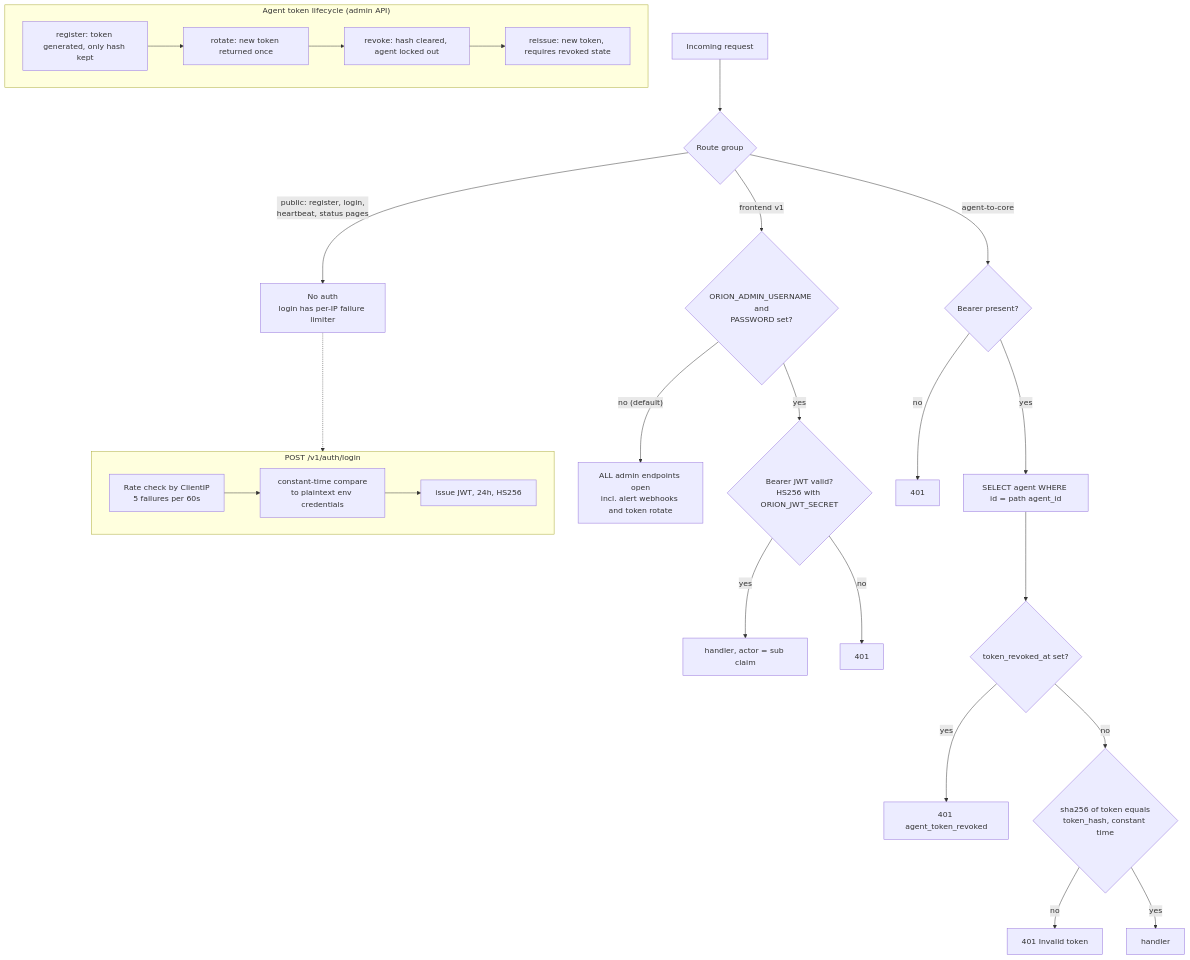
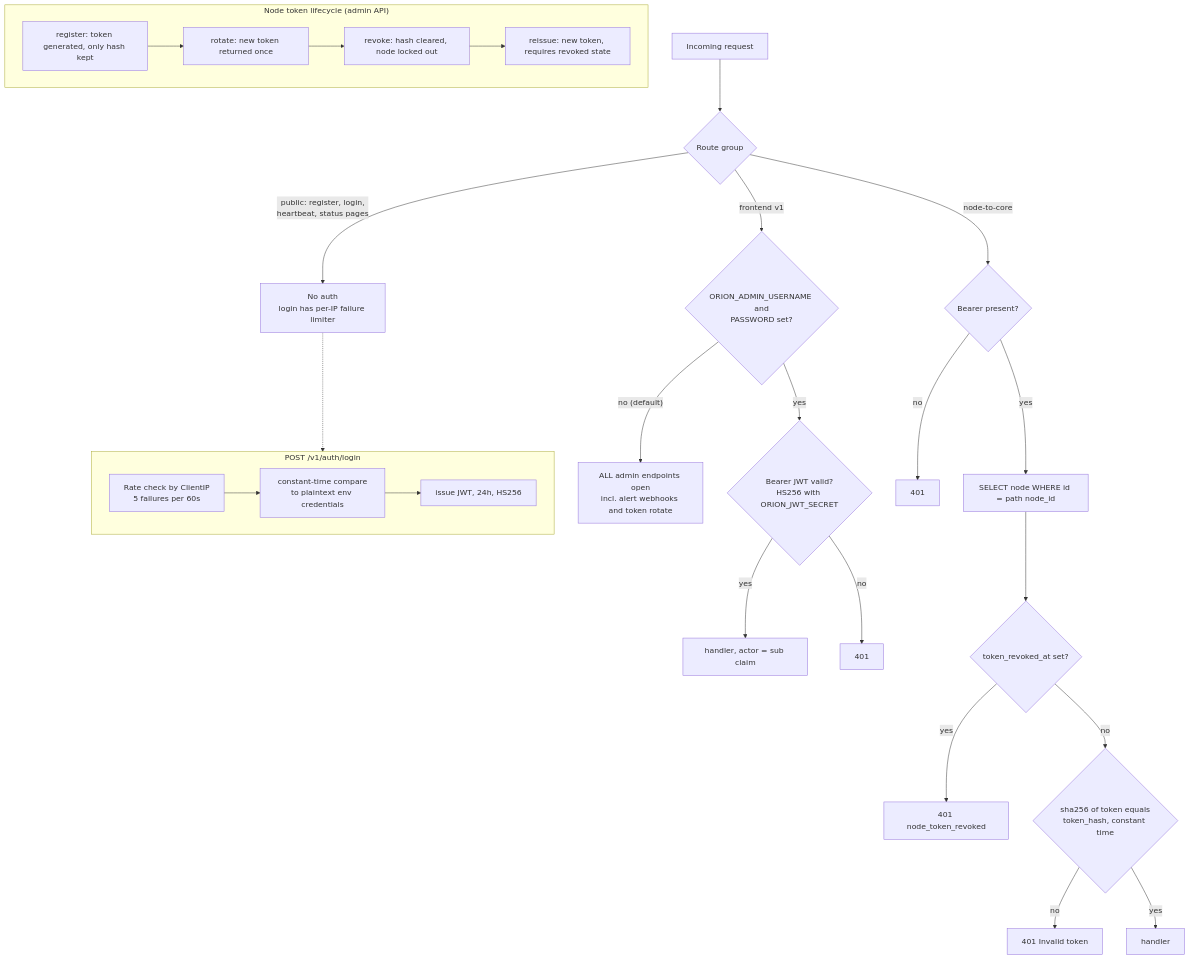
The fourth of 6 diagrams in docs/architecture/backend-architecture.md (sunday-studio/orion), drawn with Mermaid before and after one commit. The commit also changed other lines of this file and 815 other files, not shown here.

First line of the commit message:
refactor(repo): rename agent to node, mechanical part

````diff
--- a/docs/architecture/backend-architecture.md
+++ b/docs/architecture/backend-architecture.md
@@ -210,33 +210,33 @@
 ```mermaid
 flowchart TD
   REQ["Incoming request"] --> ROUTE{"Route group"}
 
   ROUTE -- "public: register, login,<br/>heartbeat, status pages" --> PUBH["No auth<br/>login has per-IP failure limiter"]
 
   ROUTE -- "frontend v1" --> FEON{"ORION_ADMIN_USERNAME and<br/>PASSWORD set?"}
   FEON -- "no (default)" --> OPEN["ALL admin endpoints open<br/>incl. alert webhooks and token rotate"]
   FEON -- yes --> JWT{"Bearer JWT valid?<br/>HS256 with ORION_JWT_SECRET"}
   JWT -- yes --> OKF["handler, actor = sub claim"]
   JWT -- no --> R401F["401"]
 
-  ROUTE -- "agent-to-core" --> BEAR{"Bearer present?"}
+  ROUTE -- "node-to-core" --> BEAR{"Bearer present?"}
   BEAR -- no --> R401A["401"]
-  BEAR -- yes --> LOOKUP["SELECT agent WHERE id = path agent_id"]
+  BEAR -- yes --> LOOKUP["SELECT node WHERE id = path node_id"]
   LOOKUP --> REVOKED{"token_revoked_at set?"}
-  REVOKED -- yes --> R401R["401 agent_token_revoked"]
+  REVOKED -- yes --> R401R["401 node_token_revoked"]
   REVOKED -- no --> HASHC{"sha256 of token equals<br/>token_hash, constant time"}
   HASHC -- no --> R401B["401 Invalid token"]
   HASHC -- yes --> OKA["handler"]
 
   subgraph Login["POST /v1/auth/login"]
     L1["Rate check by ClientIP<br/>5 failures per 60s"] --> L2["constant-time compare<br/>to plaintext env credentials"]
     L2 --> L3["issue JWT, 24h, HS256"]
   end
   PUBH -.-> Login
 
-  subgraph Lifecycle["Agent token lifecycle (admin API)"]
+  subgraph Lifecycle["Node token lifecycle (admin API)"]
     T1["register: token generated, only hash kept"] --> T2["rotate: new token returned once"]
-    T2 --> T3["revoke: hash cleared, agent locked out"]
+    T2 --> T3["revoke: hash cleared, node locked out"]
     T3 --> T4["reissue: new token, requires revoked state"]
   end
 ```
````
